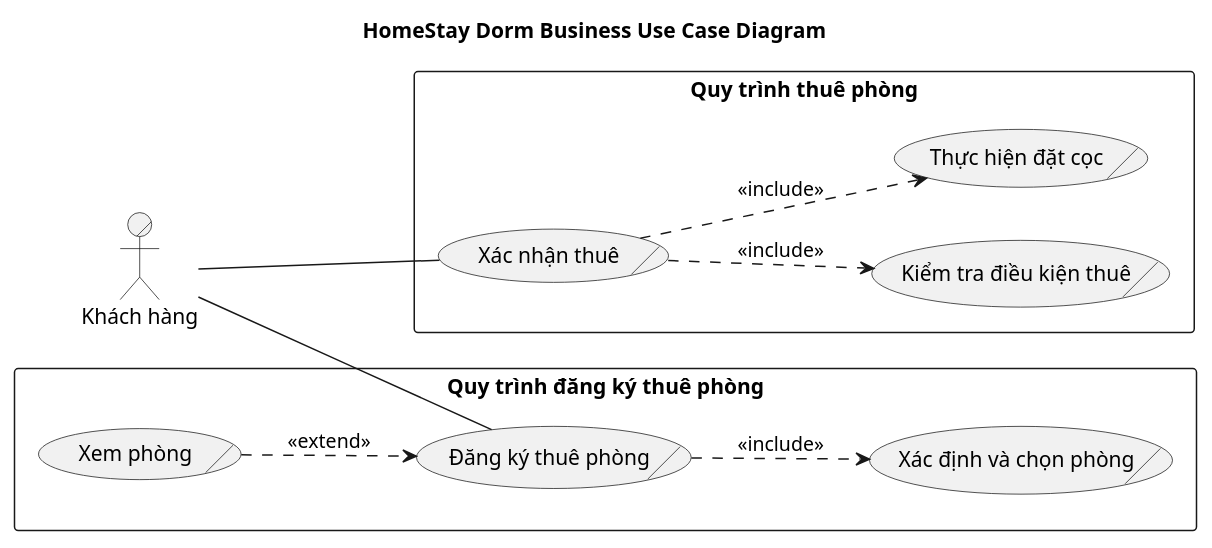
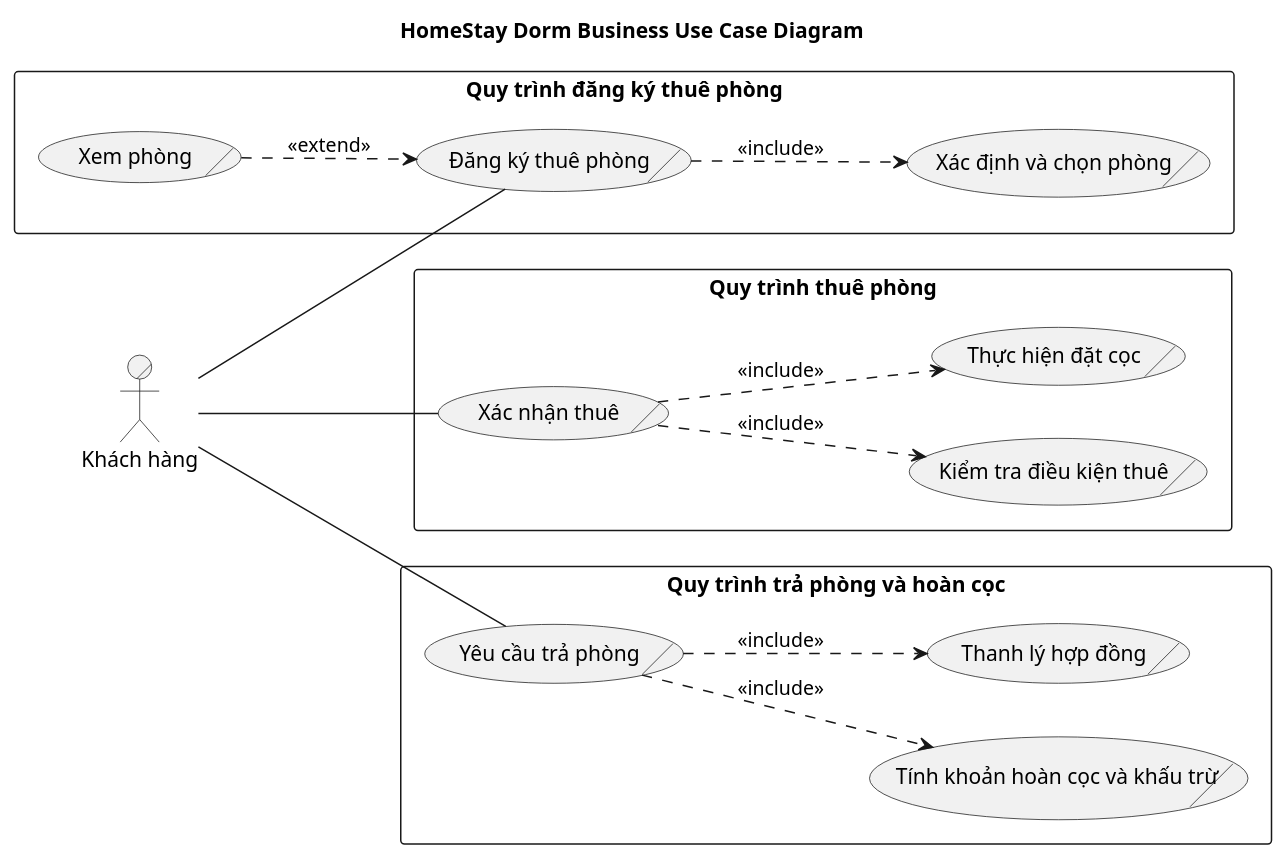
One commit to Gnourt812005/HCMUS-Analyze-and-desgin-IS changed the diagram in doc/business/use-case/main_usecase_diagram.wsd. Above: the diagram before and after it, drawn with PlantUML.

Commit message:
added "Quy trinh tra phong" to main use case diagram

```diff
--- a/doc/business/use-case/main_usecase_diagram.wsd
+++ b/doc/business/use-case/main_usecase_diagram.wsd
@@ -1,36 +1,47 @@
 @startuml HomeStay Dorm
 title HomeStay Dorm Business Use Case Diagram
 skinparam packageStyle rectangle
 
 ' Direction
 left to right direction
 
 ' Define B.Actors
 actor/ "Khách hàng" as customer
 
 
 rectangle "Quy trình đăng ký thuê phòng" {
 	usecase/ "Đăng ký thuê phòng" as UC_DangKyThuePhong
 	usecase/ "Xác định và chọn phòng" as UC_XacDinhVaChonPhong
 	usecase/ "Xem phòng" as UC_XemPhong
 
 	' Use Case Relationships
 	UC_DangKyThuePhong ..> UC_XacDinhVaChonPhong : <<include>>
 	UC_XemPhong ..> UC_DangKyThuePhong : <<extend>>
 }
 
 rectangle "Quy trình thuê phòng" {
 	usecase/ "Xác nhận thuê" as UC_XacNhanThue
 	usecase/ "Kiểm tra điều kiện thuê" as UC_KiemTraDieuKienThue
 	usecase/ "Thực hiện đặt cọc" as UC_ThucHienDatCoc
 
 	' Use Case Relationships
 	UC_XacNhanThue ..> UC_KiemTraDieuKienThue : <<include>>
 	UC_XacNhanThue ..> UC_ThucHienDatCoc : <<include>>
 }
 
+rectangle "Quy trình trả phòng và hoàn cọc" {
+	usecase/ "Yêu cầu trả phòng" as UC_YeuCauTraPhong
+	usecase/ "Tính khoản hoàn cọc và khấu trừ" as UC_TinhHoanCocKhauTru
+	usecase/ "Thanh lý hợp đồng" as UC_ThanhLyHopDong
+
+	' Use Case Relationships
+	UC_YeuCauTraPhong ..> UC_TinhHoanCocKhauTru : <<include>>
+	UC_YeuCauTraPhong ..> UC_ThanhLyHopDong : <<include>>
+}
+
 ' Actor - Main Use Cases Associations
 customer -- UC_DangKyThuePhong
 customer -- UC_XacNhanThue
+customer -- UC_YeuCauTraPhong
 
 @enduml
```
